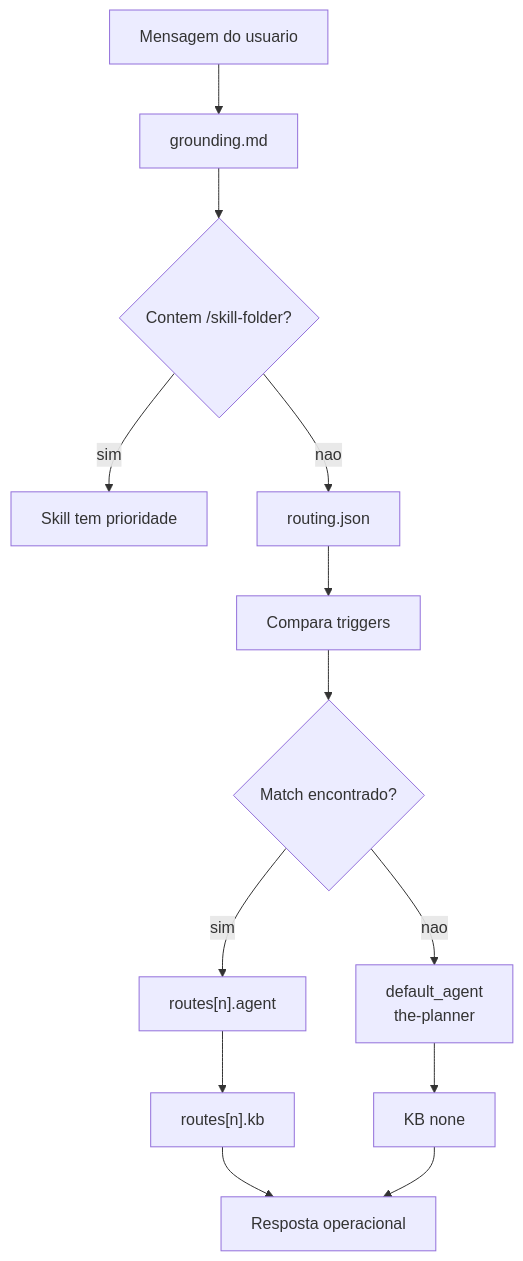
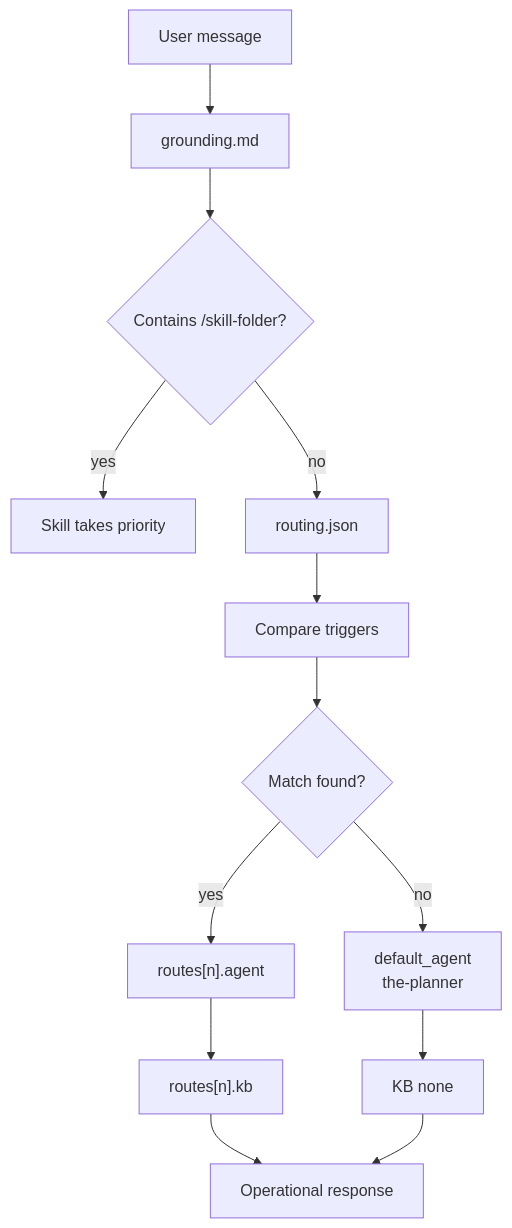
The diagram in docs/reference/router.md (Tiao553/sdd-harness-copilot), drawn with Mermaid before and after one commit. The commit also changed other lines of this file and 19 other files, not shown here.

````diff
--- a/docs/reference/router.md
+++ b/docs/reference/router.md
@@ -9,15 +9,15 @@
 ```mermaid
 flowchart TD
-    A["Mensagem do usuario"] --> B["grounding.md"]
-    B --> C{"Contem /skill-folder?"}
-    C -->|sim| D["Skill tem prioridade"]
-    C -->|nao| E["routing.json"]
-    E --> F["Compara triggers"]
-    F --> G{"Match encontrado?"}
-    G -->|sim| H["routes[n].agent"]
-    G -->|nao| I["default_agent<br/>the-planner"]
+    A["User message"] --> B["grounding.md"]
+    B --> C{"Contains /skill-folder?"}
+    C -->|yes| D["Skill takes priority"]
+    C -->|no| E["routing.json"]
+    E --> F["Compare triggers"]
+    F --> G{"Match found?"}
+    G -->|yes| H["routes[n].agent"]
+    G -->|no| I["default_agent<br/>the-planner"]
     H --> J["routes[n].kb"]
     I --> K["KB none"]
-    J --> L["Resposta operacional"]
+    J --> L["Operational response"]
     K --> L
 ```
````
